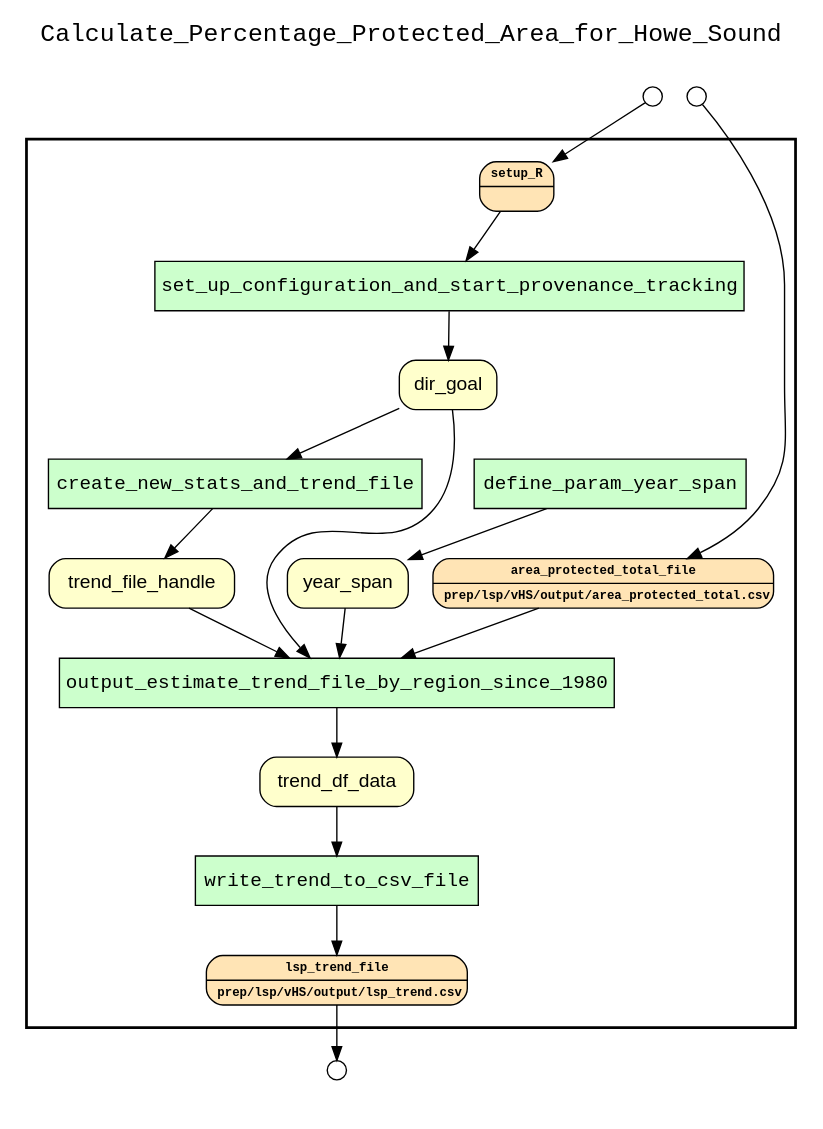
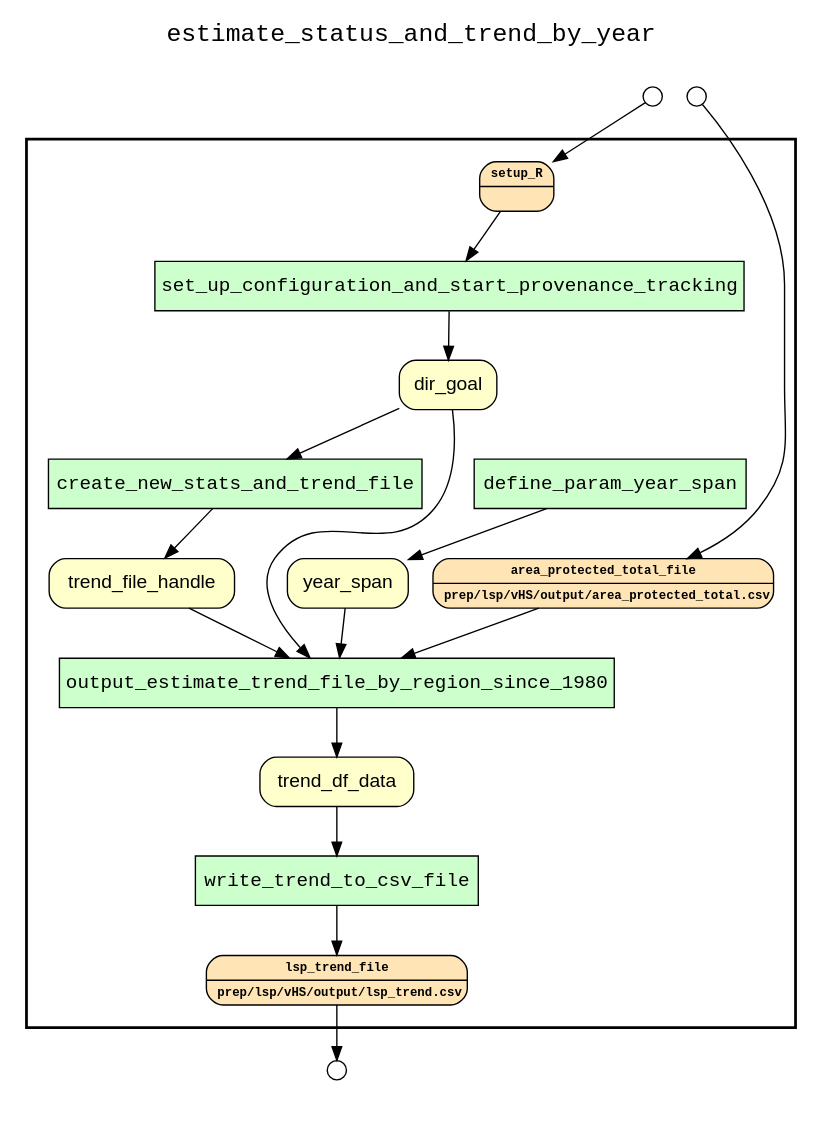
One commit to sycao5/runManager-multipleRuns changed the diagram in examples/OHIBC_Howe_Sound/hybrid provenance queries/examples/estimate_status_and_trend_by_year/results/wf_recon_upstream_of_lsp_trend_file.gv. Above: the diagram before and after it, drawn with Graphviz. The commit also changed 106 other files, not shown here.

Commit message:
Update YW WF graphs for lsp_zonal_stats.R, estimate_status_and_trend_by_year.R, and combine_inland_offshore.R

```diff
--- a/examples/OHIBC_Howe_Sound/hybrid provenance queries/examples/estimate_status_and_trend_by_year/results/wf_recon_upstream_of_lsp_trend_file.gv
+++ b/examples/OHIBC_Howe_Sound/hybrid provenance queries/examples/estimate_status_and_trend_by_year/results/wf_recon_upstream_of_lsp_trend_file.gv
@@ -1,53 +1,53 @@
 
 digraph yw_data_view {
 rankdir=TB
 fontname=Courier; fontsize=18; labelloc=t
-label="Calculate_Percentage_Protected_Area_for_Howe_Sound"
+label="estimate_status_and_trend_by_year"
 subgraph cluster_workflow { label=""; color=black; penwidth=2
 subgraph cluster_workflow_inner { label=""; color=white
 node[shape=box style="filled" fillcolor="#CCFFCC" peripheries=1 fontname=Courier]
 output_estimate_trend_file_by_region_since_1980
 define_param_year_span
 create_new_stats_and_trend_file
 set_up_configuration_and_start_provenance_tracking
 write_trend_to_csv_file
 node[shape=box style="filled" fillcolor="#CCFFCC" peripheries=1 fontname=Courier]
 node[shape=box style="rounded,filled" fillcolor="#FFFFCC" peripheries=1 fontname=Helvetica]
 dir_goal
 trend_file_handle
 year_span
 trend_df_data
 node[shape=box style="rounded,filled" fillcolor="#FFE4B5" peripheries=1 fontname="Courier-Bold" fontsize=9]
 setup_R[shape=record rankdir=LR label="{<f0> setup_R |<f1>}"]
 area_protected_total_file[shape=record rankdir=LR label="{<f0> area_protected_total_file |<f1>prep/lsp/vHS/output/area_protected_total.csv\l}"]
 node[shape=box style="rounded,filled" fillcolor="#FFE4B5" peripheries=1 fontname="Courier-Bold" fontsize=9]
 lsp_trend_file[shape=record rankdir=LR label="{<f0> lsp_trend_file |<f1>prep/lsp/vHS/output/lsp_trend.csv\l}"]
 node[shape=box style="rounded,filled" fillcolor="#FFFFFF" peripheries=1 fontname=Helvetica]
 }}
 subgraph cluster_inflows { label=""; color=white; penwidth=2
 subgraph cluster_inflows_inner { label=""; color=white
 node[shape=circle fillcolor="#FFFFFF" peripheries=1 width=0.2]
 setup_R_inflow [label=""]
 area_protected_total_file_inflow [label=""]
 }}
 subgraph cluster_outflows { label=""; color=white; penwidth=2
 subgraph cluster_outflows_inner { label=""; color=white
 node[shape=circle fillcolor="#FFFFFF" peripheries=1 width=0.2]
 lsp_trend_file_outflow [label=""]
 }}
 trend_df_data -> write_trend_to_csv_file
 area_protected_total_file -> output_estimate_trend_file_by_region_since_1980
 year_span -> output_estimate_trend_file_by_region_since_1980
 trend_file_handle -> output_estimate_trend_file_by_region_since_1980
 dir_goal -> output_estimate_trend_file_by_region_since_1980
 dir_goal -> create_new_stats_and_trend_file
 setup_R -> set_up_configuration_and_start_provenance_tracking
 set_up_configuration_and_start_provenance_tracking -> dir_goal
 create_new_stats_and_trend_file -> trend_file_handle
 define_param_year_span -> year_span
 output_estimate_trend_file_by_region_since_1980 -> trend_df_data
 write_trend_to_csv_file -> lsp_trend_file
 setup_R_inflow -> setup_R
 area_protected_total_file_inflow -> area_protected_total_file
 lsp_trend_file -> lsp_trend_file_outflow
 }
```
